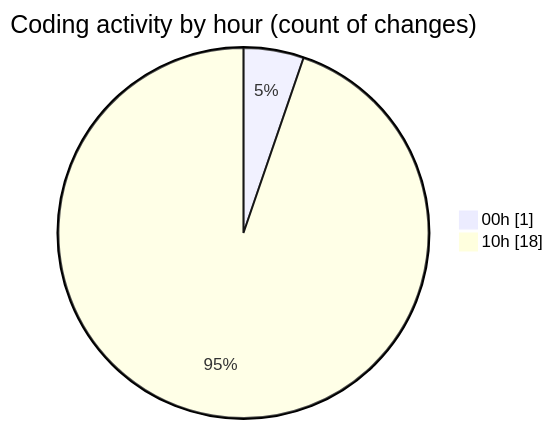
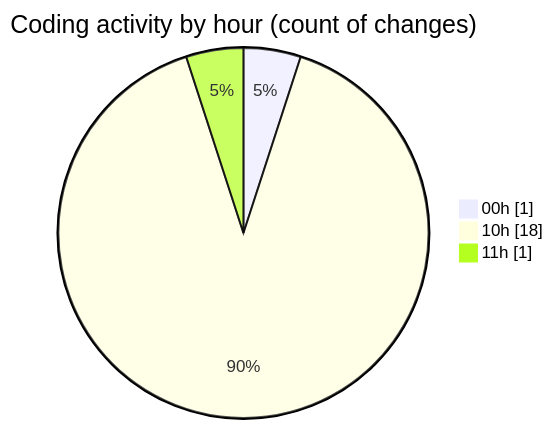
One commit to Ritupan-Deka/code-tracking changed the second of 2 diagrams in 2025-07-08/urlwebwala_intership_work/README.md. Above: the diagram before and after it, drawn with Mermaid. The commit also changed other lines of this file and 1 other file, not shown here.

````diff
--- a/2025-07-08/urlwebwala_intership_work/README.md
+++ b/2025-07-08/urlwebwala_intership_work/README.md
@@ -30,6 +30,7 @@
 ```mermaid
 pie showData
 title Coding activity by hour (count of changes)
 "00h" : 1
 "10h" : 18
+"11h" : 1
 ```
````
